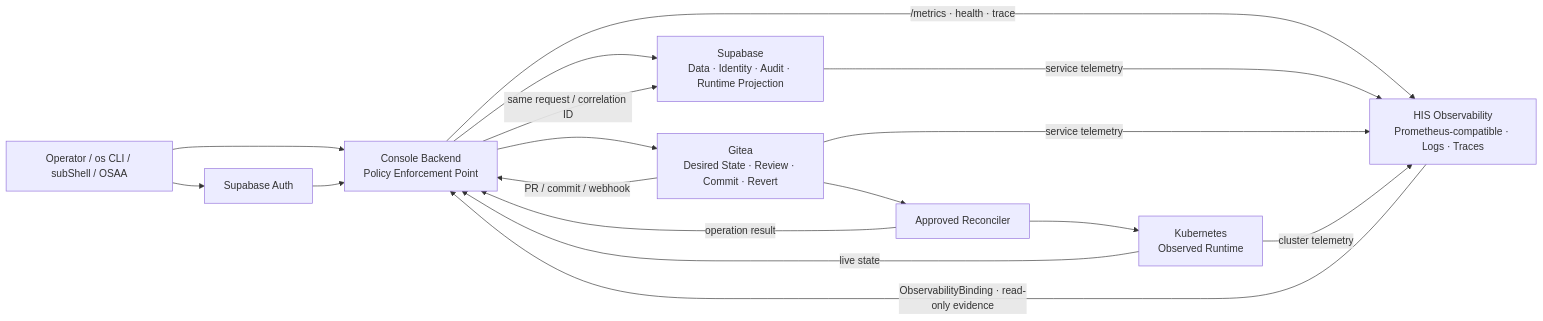
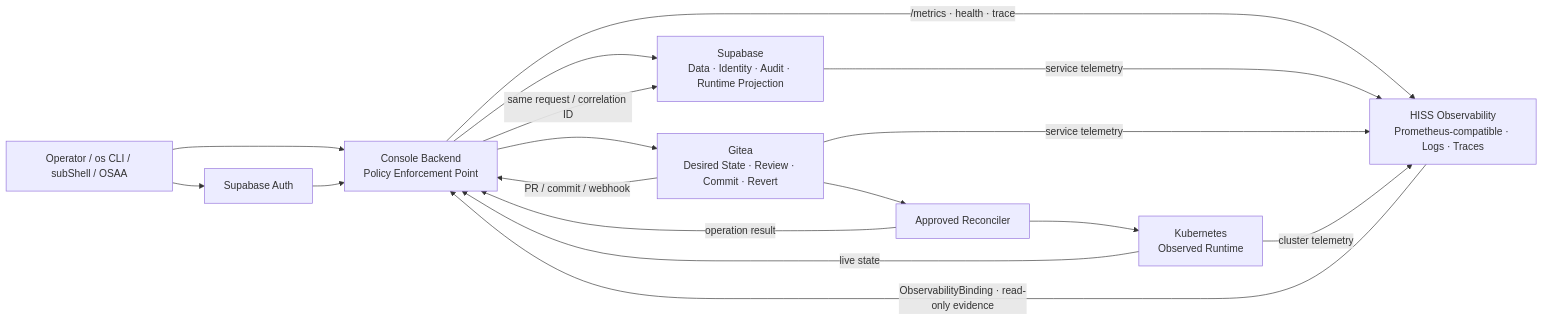
One commit to opensphere-platform/OpenSphere-console changed the diagram in docs/PLAN-CONSOLE-PLATFORM-CONTROL-PLANE-V2-2026-07-22.md. Above: the diagram before and after it, drawn with Mermaid. The commit also changed other lines of this file and 55 other files, not shown here.

````diff
--- a/docs/PLAN-CONSOLE-PLATFORM-CONTROL-PLANE-V2-2026-07-22.md
+++ b/docs/PLAN-CONSOLE-PLATFORM-CONTROL-PLANE-V2-2026-07-22.md
@@ -167,20 +167,20 @@
 ```mermaid
 flowchart LR
   OP["Operator / os CLI / subShell / OSAA"] --> AUTH["Supabase Auth"]
   OP --> BE["Console Backend\nPolicy Enforcement Point"]
   AUTH --> BE
   BE --> SB["Supabase\nData · Identity · Audit · Runtime Projection"]
   BE --> G["Gitea\nDesired State · Review · Commit · Revert"]
   G --> R["Approved Reconciler"]
   R --> K["Kubernetes\nObserved Runtime"]
-  H["HIS Observability\nPrometheus-compatible · Logs · Traces"]
+  H["HISS Observability\nPrometheus-compatible · Logs · Traces"]
   G -->|"PR / commit / webhook"| BE
   R -->|"operation result"| BE
   K -->|"live state"| BE
   BE -->|"same request / correlation ID"| SB
   BE -->|"/metrics · health · trace"| H
   SB -->|"service telemetry"| H
   G -->|"service telemetry"| H
   K -->|"cluster telemetry"| H
   H -->|"ObservabilityBinding · read-only evidence"| BE
 ```
````
